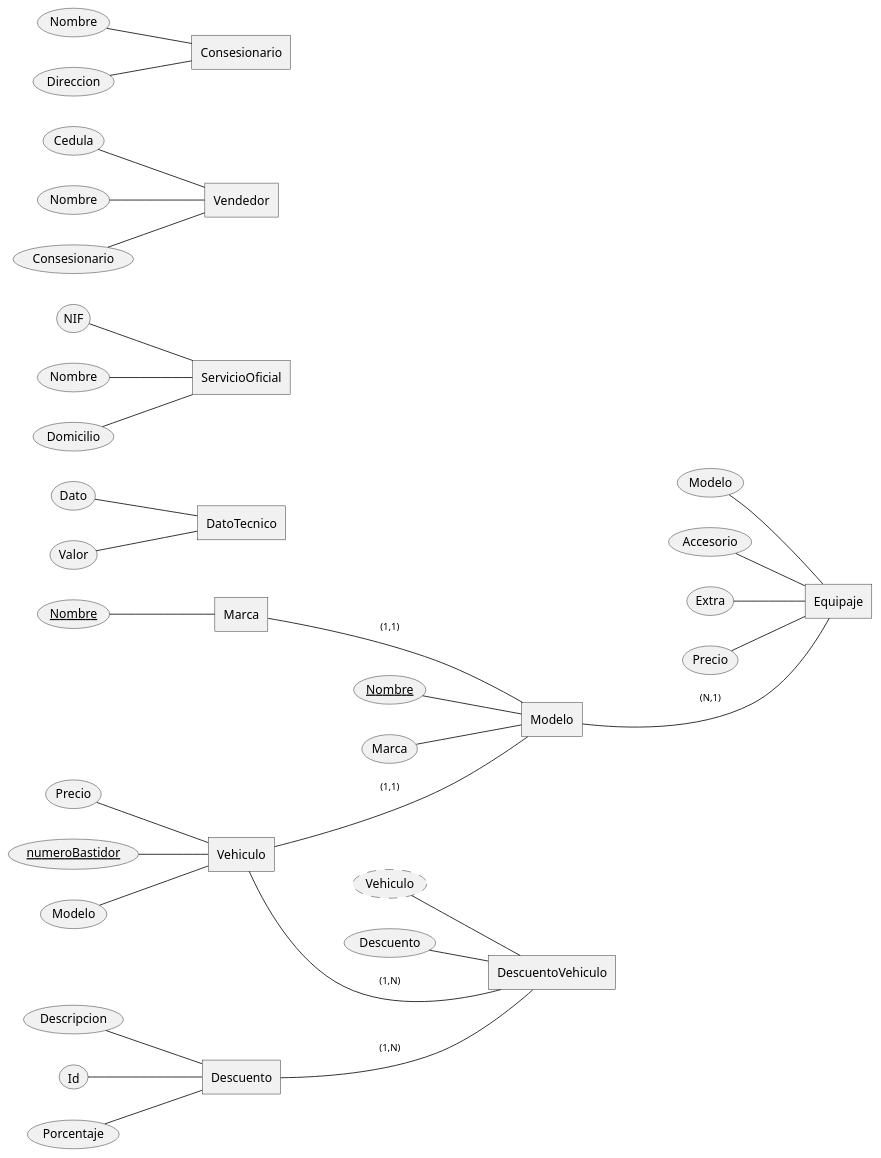
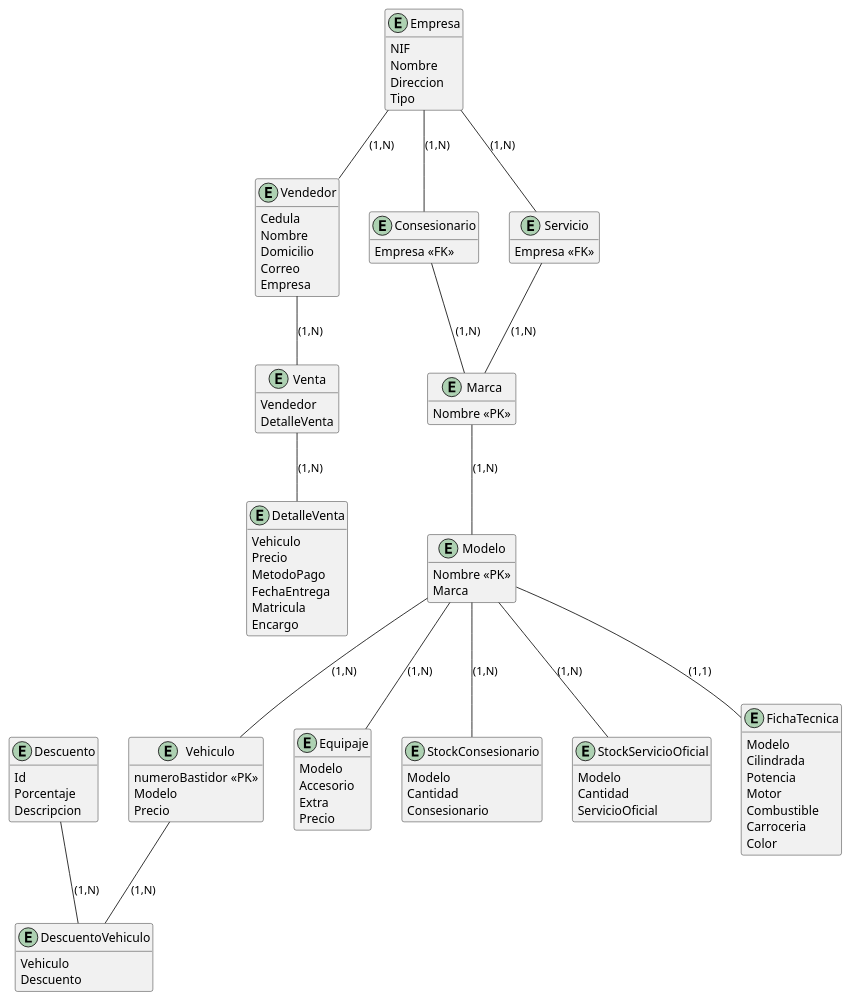
One commit to DraakoDev/Kabazaru changed the diagram in diagrama_entidad_relacion.puml. Above: the diagram before and after it, drawn with PlantUML.

```diff
--- a/diagrama_entidad_relacion.puml
+++ b/diagrama_entidad_relacion.puml
@@ -1,65 +1,114 @@
-@startchen Consesionario de Autos
+@startuml
 
-left to right direction
 
 entity Vehiculo {
-  numeroBastidor <<key>>
+  numeroBastidor <<PK>>
   Modelo
   Precio
 }
 
 entity Descuento { 
   Id
   Porcentaje
   Descripcion
 }
 
 entity Marca {
-  Nombre <<key>>
+  Nombre <<PK>>
 }
 
 entity Modelo {
-  Nombre <<key>>
+  Nombre <<PK>>
   Marca
 }
 
 entity Equipaje {
-  Modelo
+  Modelo 
   Accesorio
   Extra
   Precio
 }
 
-entity DatoTecnico {
-  Dato
-  Valor
+entity StockConsesionario {
+  Modelo 
+  Cantidad
+  Consesionario 
 }
 
-entity ServicioOficial {
-  NIF
-  Nombre
-  Domicilio
+entity StockServicioOficial {
+  Modelo
+  Cantidad
+  ServicioOficial
 }
 
 entity Vendedor {
   Cedula
   Nombre
-  Consesionario
+  Domicilio
+  Correo
+  Empresa
+}
+
+entity Venta {
+  Vendedor
+  DetalleVenta
+}
+
+entity DetalleVenta {
+  Vehiculo 
+  Precio
+  MetodoPago
+  FechaEntrega
+  Matricula
+  Encargo
+}
+
+entity DescuentoVehiculo {
+  Vehiculo 
+  Descuento 
+}
+
+entity FichaTecnica {
+  Modelo 
+  Cilindrada
+  Potencia
+  Motor
+  Combustible
+  Carroceria
+  Color
+}
+
+entity Empresa {
+  NIF
+  Nombre
+  Direccion
+  Tipo 
 }
 
 entity Consesionario {
-  Nombre
-  Direccion
+  Empresa <<FK>>
 }
 
-entity DescuentoVehiculo {
-  Vehiculo <<derived>>
-  Descuento
+entity Servicio {
+  Empresa <<FK>>
 }
 
-Vehiculo -(1,N)- DescuentoVehiculo
-Descuento -(1,N)- DescuentoVehiculo
-Vehiculo -(1,1)- Modelo
-Marca -(1,1)- Modelo
-Modelo -(N,1)- Equipaje
-@endchen
+hide methods
+
+Vendedor -- Venta : (1,N)
+Venta -- DetalleVenta : (1,N)
+Consesionario -- Marca : (1,N)
+Servicio -- Marca : (1,N)
+Empresa -- Vendedor : (1,N)
+Empresa -- Consesionario : (1,N)
+Empresa -- Servicio : (1,N)
+Vehiculo -- DescuentoVehiculo : (1,N)
+Descuento -- DescuentoVehiculo : (1,N)
+Modelo -- Vehiculo : (1,N)
+Marca -- Modelo : (1,N)
+Modelo -- Equipaje : (1,N)
+Modelo -- FichaTecnica : (1,1)
+Modelo -- StockConsesionario : (1,N)
+Modelo -- StockServicioOficial : (1,N)
+
+@enduml
```
